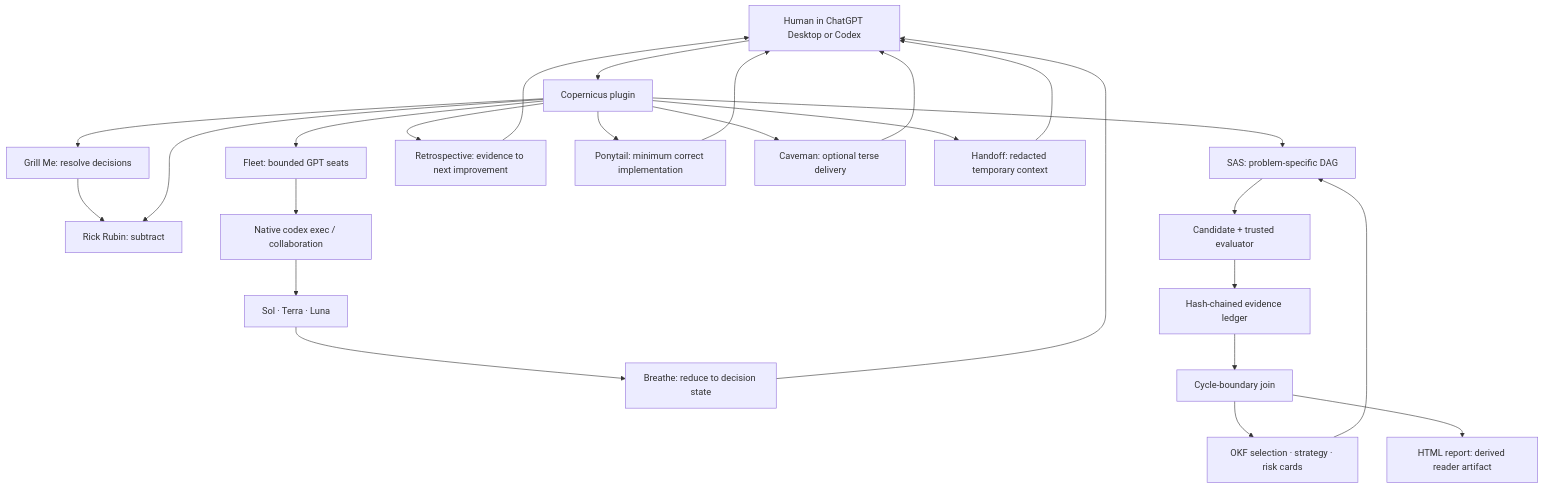
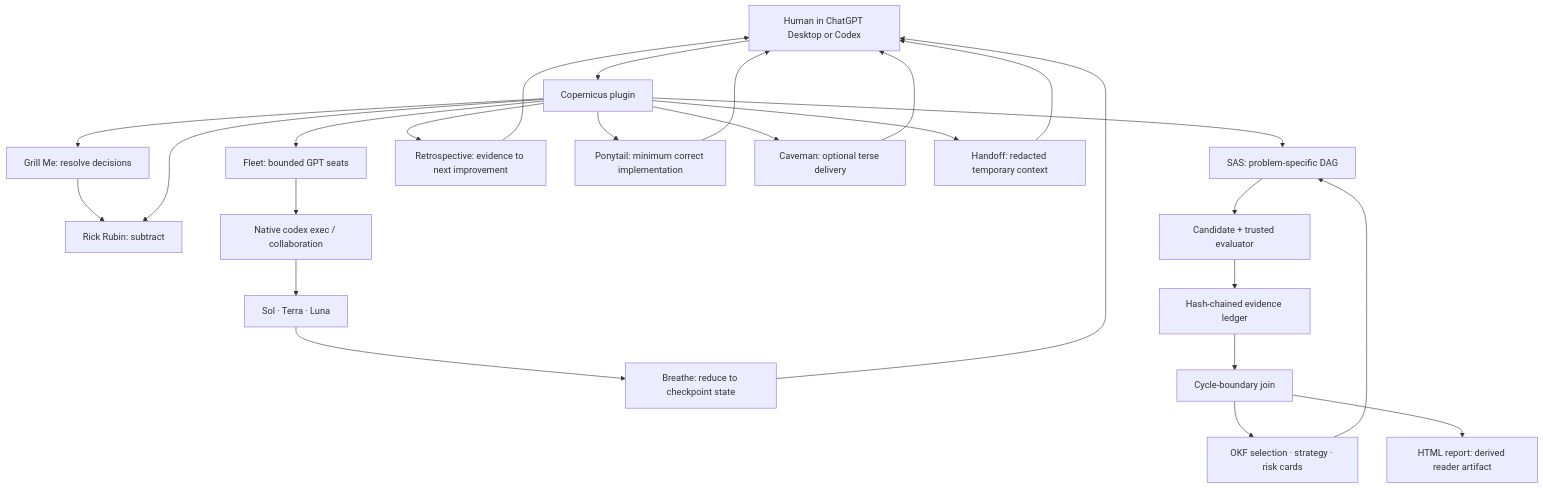
One commit to Babinci/copernicus changed the diagram in docs/copernicus/architecture.md. Above: the diagram before and after it, drawn with Mermaid. The commit also changed other lines of this file and 4 other files, not shown here.

````diff
--- a/docs/copernicus/architecture.md
+++ b/docs/copernicus/architecture.md
@@ -14,27 +14,27 @@
 ```mermaid
 flowchart TD
     U["Human in ChatGPT Desktop or Codex"] --> P["Copernicus plugin"]
     P --> Q["Grill Me: resolve decisions"]
     Q --> R
     P --> R["Rick Rubin: subtract"]
     P --> F["Fleet: bounded GPT seats"]
     P --> S["SAS: problem-specific DAG"]
     F --> C["Native codex exec / collaboration"]
     C --> M["Sol · Terra · Luna"]
-    M --> B["Breathe: reduce to decision state"]
+    M --> B["Breathe: reduce to checkpoint state"]
     B --> U
     S --> G["Candidate + trusted evaluator"]
     G --> E["Hash-chained evidence ledger"]
     E --> J["Cycle-boundary join"]
     J --> O["OKF selection · strategy · risk cards"]
     J --> H["HTML report: derived reader artifact"]
     O --> S
     P --> K["Retrospective: evidence to next improvement"]
     P --> Y["Ponytail: minimum correct implementation"]
     P --> V["Caveman: optional terse delivery"]
     P --> T["Handoff: redacted temporary context"]
     K --> U
     Y --> U
     V --> U
     T --> U
 ```
````
